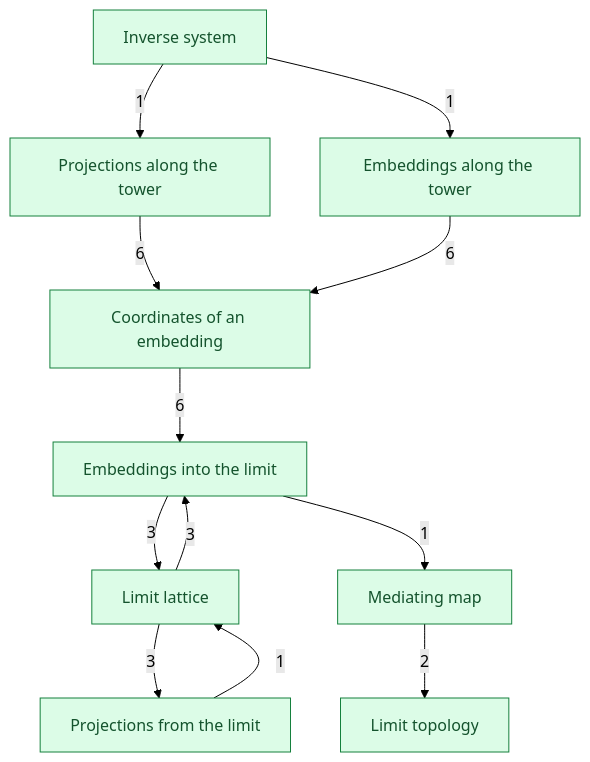
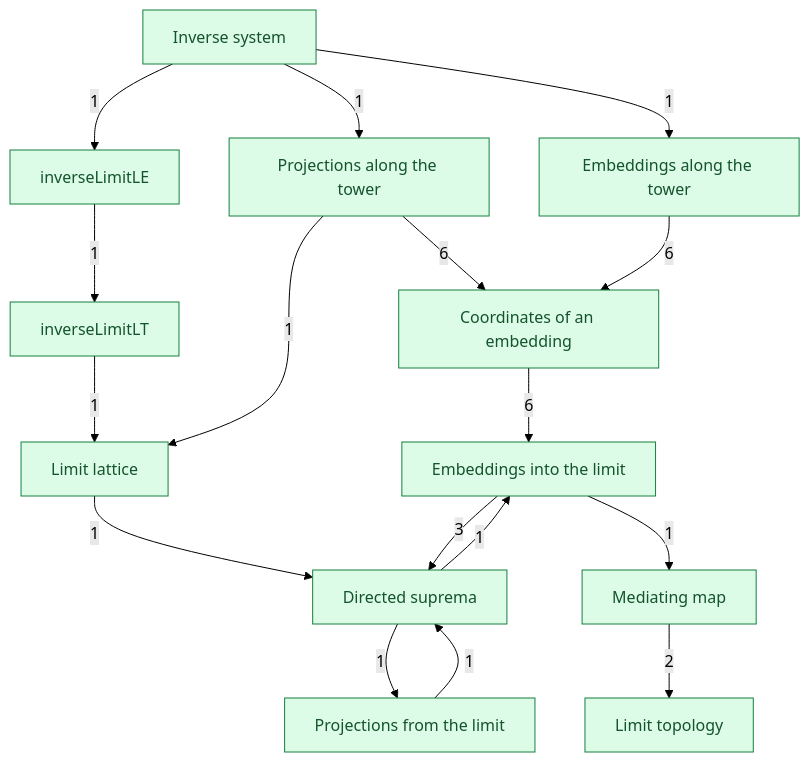
The diagram in DomainTheory/ContinuousLattice/InverseLimits/1972_Inverse_limits.mermaid (catskillsresearch/DomainTheory), drawn with Mermaid (forest theme) before and after one commit. The commit also changed 36 other files, not shown here.

Commit message:
File the limit order and the directed suprema apart from the lattice, and concord each inverse-limits note instead of the binder.

```diff
--- a/DomainTheory/ContinuousLattice/InverseLimits/1972_Inverse_limits.mermaid
+++ b/DomainTheory/ContinuousLattice/InverseLimits/1972_Inverse_limits.mermaid
@@ -1,26 +1,34 @@
 %% Notes of the inverse-limit construction.
 %% Arrowhead on the importer. The number is a direct-import count.
 %% An arrow already implied by a longer path is omitted.
 flowchart TB
   SYS["Inverse system"]
   PLE["Projections along the tower"]
   ELE["Embeddings along the tower"]
   ICOMP["Coordinates of an embedding"]
   PINF["Projections from the limit"]
   EINF["Embeddings into the limit"]
+  LE["inverseLimitLE"]
+  LT["inverseLimitLT"]
   LAT["Limit lattice"]
+  SUP["Directed suprema"]
   COC["Mediating map"]
   TOP["Limit topology"]
   SYS -->|"1"| PLE
   SYS -->|"1"| ELE
+  SYS -->|"1"| LE
   PLE -->|"6"| ICOMP
   ELE -->|"6"| ICOMP
   ICOMP -->|"6"| EINF
-  EINF -->|"3"| LAT
-  LAT -->|"3"| EINF
-  PINF -->|"1"| LAT
-  LAT -->|"3"| PINF
+  LE -->|"1"| LT
+  LT -->|"1"| LAT
+  PLE -->|"1"| LAT
+  LAT -->|"1"| SUP
+  EINF -->|"3"| SUP
+  PINF -->|"1"| SUP
+  SUP -->|"1"| EINF
+  SUP -->|"1"| PINF
   EINF -->|"1"| COC
   COC -->|"2"| TOP
   classDef concept fill:#dcfce7,stroke:#15803d,color:#14532d
-  class SYS,PLE,ELE,ICOMP,PINF,EINF,LAT,COC,TOP concept
+  class SYS,PLE,ELE,ICOMP,PINF,EINF,LE,LT,LAT,SUP,COC,TOP concept
```
